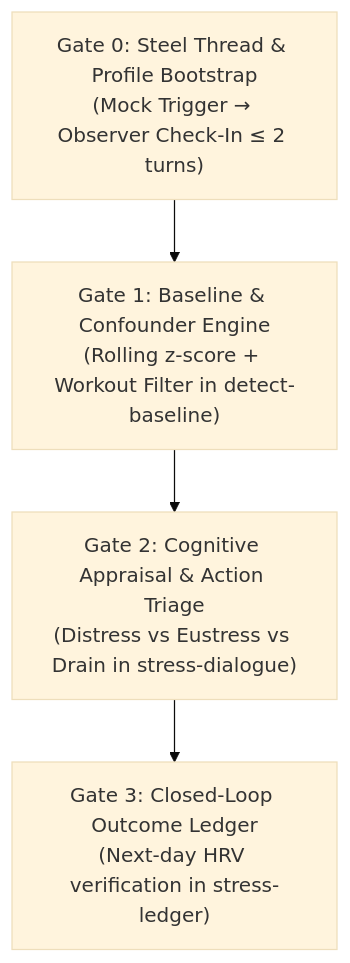
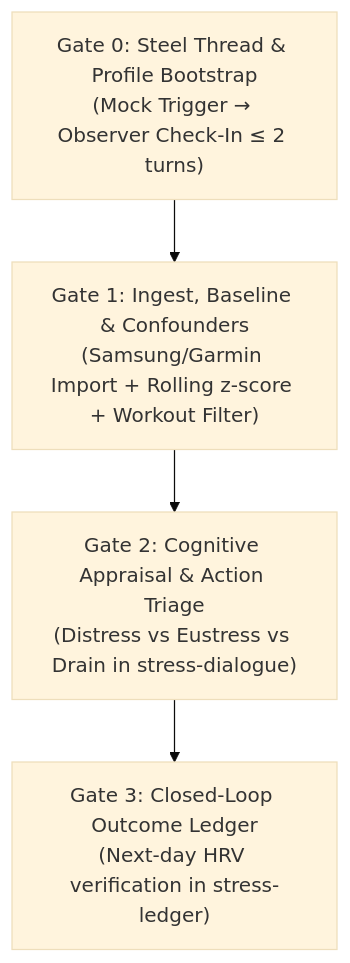
One commit to alenils/TheOverthinkers changed the first of 2 diagrams in Plan/PLAN.md. Above: the diagram before and after it, drawn with Mermaid (base theme). The commit also changed other lines of this file, not shown here.

````diff
--- a/Plan/PLAN.md
+++ b/Plan/PLAN.md
@@ -101,9 +122,9 @@
 ```mermaid
 flowchart TD
     G0["Gate 0: Steel Thread & Profile Bootstrap<br/>(Mock Trigger → Observer Check-In ≤ 2 turns)"]
-    G1["Gate 1: Baseline & Confounder Engine<br/>(Rolling z-score + Workout Filter in detect-baseline)"]
+    G1["Gate 1: Ingest, Baseline & Confounders<br/>(Samsung/Garmin Import + Rolling z-score + Workout Filter)"]
     G2["Gate 2: Cognitive Appraisal & Action Triage<br/>(Distress vs Eustress vs Drain in stress-dialogue)"]
     G3["Gate 3: Closed-Loop Outcome Ledger<br/>(Next-day HRV verification in stress-ledger)"]
 
     G0 --> G1 --> G2 --> G3
 ```
````
